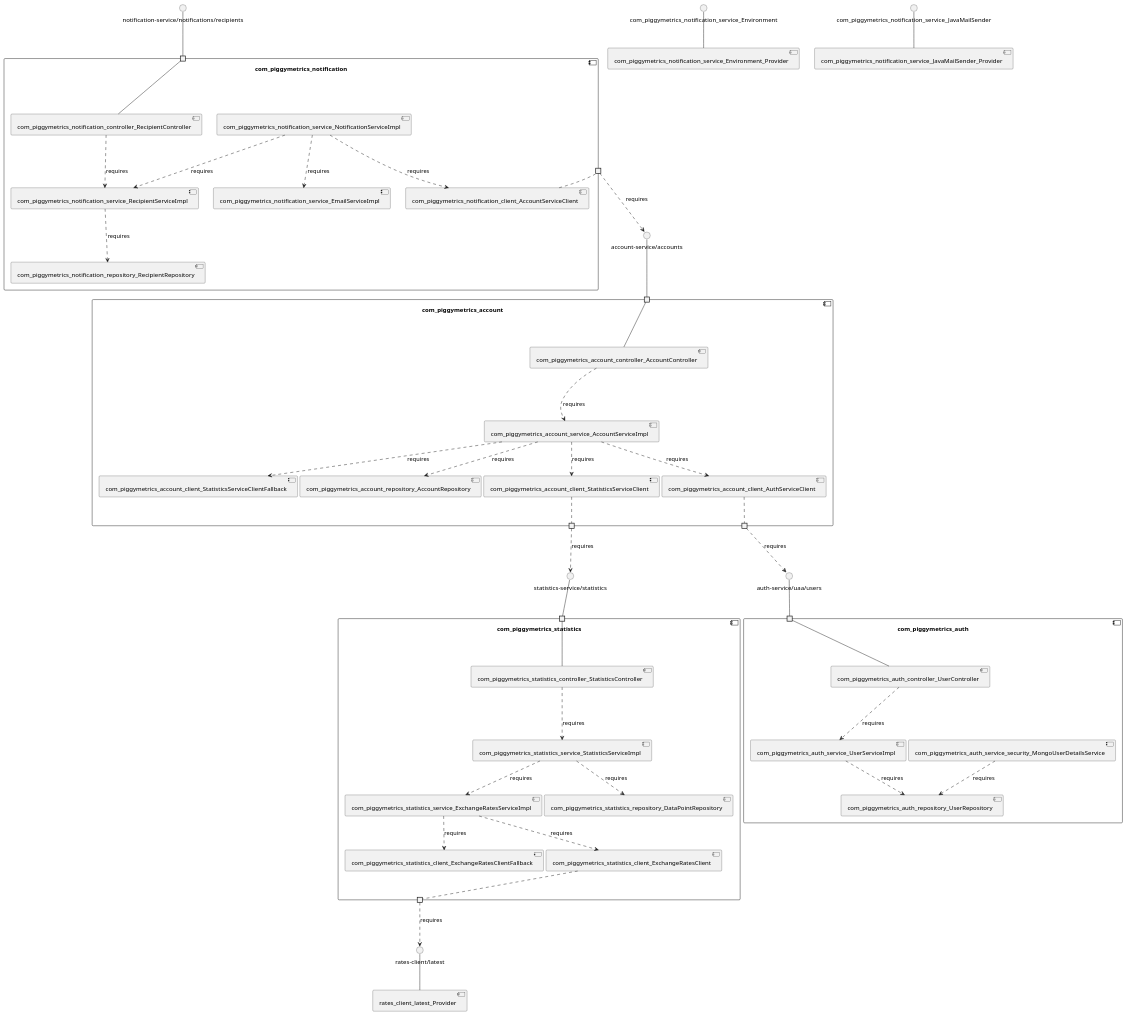
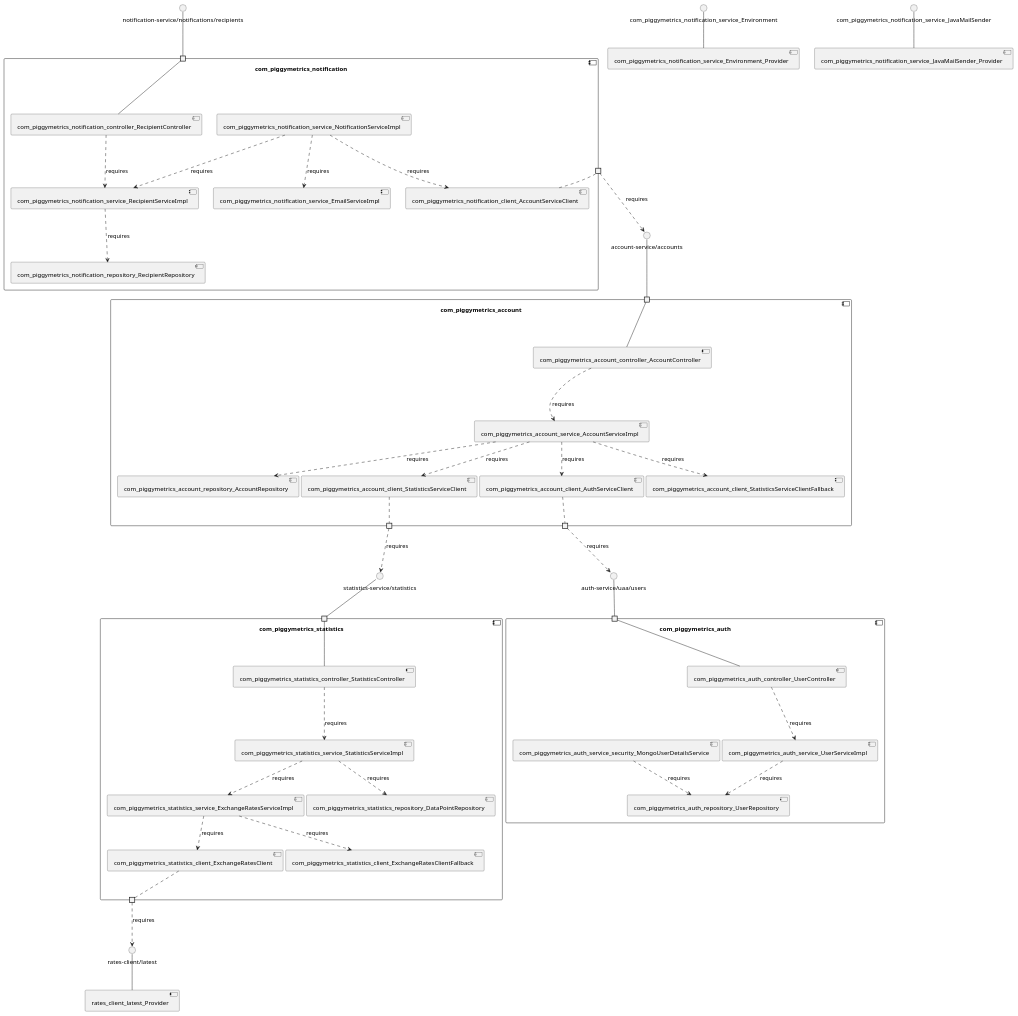
The diagram in sqshq-piggymetrics/model_re/uml/componentDiagram.puml (MSt-10/Palladio-ReverseEngineering-Benchmark), drawn with PlantUML before and after one commit. The commit also changed other lines of this file and 279 other files, not shown here.

```diff
--- a/sqshq-piggymetrics/model_re/uml/componentDiagram.puml
+++ b/sqshq-piggymetrics/model_re/uml/componentDiagram.puml
@@ -1,91 +1,91 @@
 @startuml
 skinparam fixCircleLabelOverlapping true
 skinparam componentStyle uml2
 component "com_piggymetrics_account\n\n\n\n\n\n" {
+[com_piggymetrics_account_client_StatisticsServiceClientFallback]
 [com_piggymetrics_account_service_AccountServiceImpl]
-[com_piggymetrics_account_client_AuthServiceClient]
-[com_piggymetrics_account_client_StatisticsServiceClientFallback]
 [com_piggymetrics_account_controller_AccountController]
 [com_piggymetrics_account_repository_AccountRepository]
 [com_piggymetrics_account_client_StatisticsServiceClient]
+[com_piggymetrics_account_client_AuthServiceClient]
 portin " " as com_piggymetrics_account_requires_account_service_accounts
 portout " " as com_piggymetrics_account_provides_statistics_service_statistics
 portout " " as com_piggymetrics_account_provides_auth_service_uaa_users
+[com_piggymetrics_account_controller_AccountController]..>[com_piggymetrics_account_service_AccountServiceImpl] : requires
+[com_piggymetrics_account_service_AccountServiceImpl]..>[com_piggymetrics_account_client_AuthServiceClient] : requires
 [com_piggymetrics_account_service_AccountServiceImpl]..>[com_piggymetrics_account_client_StatisticsServiceClientFallback] : requires
-[com_piggymetrics_account_service_AccountServiceImpl]..>[com_piggymetrics_account_client_AuthServiceClient] : requires
-[com_piggymetrics_account_controller_AccountController]..>[com_piggymetrics_account_service_AccountServiceImpl] : requires
+[com_piggymetrics_account_service_AccountServiceImpl]..>[com_piggymetrics_account_client_StatisticsServiceClient] : requires
 [com_piggymetrics_account_service_AccountServiceImpl]..>[com_piggymetrics_account_repository_AccountRepository] : requires
-[com_piggymetrics_account_service_AccountServiceImpl]..>[com_piggymetrics_account_client_StatisticsServiceClient] : requires
 "com_piggymetrics_account_requires_account_service_accounts"--[com_piggymetrics_account_controller_AccountController]
+[com_piggymetrics_account_client_StatisticsServiceClient].."com_piggymetrics_account_provides_statistics_service_statistics"
 [com_piggymetrics_account_client_AuthServiceClient].."com_piggymetrics_account_provides_auth_service_uaa_users"
-[com_piggymetrics_account_client_StatisticsServiceClient].."com_piggymetrics_account_provides_statistics_service_statistics"
 }
 interface "account-service/accounts" as interface.account_service_accounts
 interface.account_service_accounts--"com_piggymetrics_account_requires_account_service_accounts"
 interface "auth-service/uaa/users" as interface.auth_service_uaa_users
 "com_piggymetrics_account_provides_auth_service_uaa_users"..>interface.auth_service_uaa_users : requires
 interface "statistics-service/statistics" as interface.statistics_service_statistics
 "com_piggymetrics_account_provides_statistics_service_statistics"..>interface.statistics_service_statistics : requires
 component "com_piggymetrics_auth\n\n\n\n\n\n" {
+[com_piggymetrics_auth_service_security_MongoUserDetailsService]
 [com_piggymetrics_auth_service_UserServiceImpl]
+[com_piggymetrics_auth_controller_UserController]
 [com_piggymetrics_auth_repository_UserRepository]
-[com_piggymetrics_auth_controller_UserController]
-[com_piggymetrics_auth_service_security_MongoUserDetailsService]
 portin " " as com_piggymetrics_auth_requires_auth_service_uaa_users
-[com_piggymetrics_auth_service_security_MongoUserDetailsService]..>[com_piggymetrics_auth_repository_UserRepository] : requires
 [com_piggymetrics_auth_controller_UserController]..>[com_piggymetrics_auth_service_UserServiceImpl] : requires
 [com_piggymetrics_auth_service_UserServiceImpl]..>[com_piggymetrics_auth_repository_UserRepository] : requires
+[com_piggymetrics_auth_service_security_MongoUserDetailsService]..>[com_piggymetrics_auth_repository_UserRepository] : requires
 "com_piggymetrics_auth_requires_auth_service_uaa_users"--[com_piggymetrics_auth_controller_UserController]
 }
 interface "auth-service/uaa/users" as interface.auth_service_uaa_users
 interface.auth_service_uaa_users--"com_piggymetrics_auth_requires_auth_service_uaa_users"
 component "com_piggymetrics_notification\n\n\n\n\n\n" {
+[com_piggymetrics_notification_service_EmailServiceImpl]
+[com_piggymetrics_notification_client_AccountServiceClient]
 [com_piggymetrics_notification_repository_RecipientRepository]
+[com_piggymetrics_notification_service_RecipientServiceImpl]
+[com_piggymetrics_notification_service_NotificationServiceImpl]
 [com_piggymetrics_notification_controller_RecipientController]
-[com_piggymetrics_notification_service_RecipientServiceImpl]
-[com_piggymetrics_notification_service_EmailServiceImpl]
-[com_piggymetrics_notification_service_NotificationServiceImpl]
-[com_piggymetrics_notification_client_AccountServiceClient]
 portin " " as com_piggymetrics_notification_requires_notification_service_notifications_recipients
 portout " " as com_piggymetrics_notification_provides_account_service_accounts
+[com_piggymetrics_notification_service_NotificationServiceImpl]..>[com_piggymetrics_notification_service_RecipientServiceImpl] : requires
 [com_piggymetrics_notification_service_RecipientServiceImpl]..>[com_piggymetrics_notification_repository_RecipientRepository] : requires
+[com_piggymetrics_notification_controller_RecipientController]..>[com_piggymetrics_notification_service_RecipientServiceImpl] : requires
 [com_piggymetrics_notification_service_NotificationServiceImpl]..>[com_piggymetrics_notification_service_EmailServiceImpl] : requires
-[com_piggymetrics_notification_service_NotificationServiceImpl]..>[com_piggymetrics_notification_service_RecipientServiceImpl] : requires
 [com_piggymetrics_notification_service_NotificationServiceImpl]..>[com_piggymetrics_notification_client_AccountServiceClient] : requires
-[com_piggymetrics_notification_controller_RecipientController]..>[com_piggymetrics_notification_service_RecipientServiceImpl] : requires
 "com_piggymetrics_notification_requires_notification_service_notifications_recipients"--[com_piggymetrics_notification_controller_RecipientController]
 [com_piggymetrics_notification_client_AccountServiceClient].."com_piggymetrics_notification_provides_account_service_accounts"
 }
 interface "notification-service/notifications/recipients" as interface.notification_service_notifications_recipients
 interface.notification_service_notifications_recipients--"com_piggymetrics_notification_requires_notification_service_notifications_recipients"
 interface "account-service/accounts" as interface.account_service_accounts
 "com_piggymetrics_notification_provides_account_service_accounts"..>interface.account_service_accounts : requires
 component "com_piggymetrics_statistics\n\n\n\n\n\n" {
+[com_piggymetrics_statistics_client_ExchangeRatesClientFallback]
 [com_piggymetrics_statistics_client_ExchangeRatesClient]
 [com_piggymetrics_statistics_repository_DataPointRepository]
-[com_piggymetrics_statistics_client_ExchangeRatesClientFallback]
 [com_piggymetrics_statistics_controller_StatisticsController]
+[com_piggymetrics_statistics_service_ExchangeRatesServiceImpl]
 [com_piggymetrics_statistics_service_StatisticsServiceImpl]
-[com_piggymetrics_statistics_service_ExchangeRatesServiceImpl]
 portin " " as com_piggymetrics_statistics_requires_statistics_service_statistics
 portout " " as com_piggymetrics_statistics_provides_rates_client_latest
-[com_piggymetrics_statistics_service_StatisticsServiceImpl]..>[com_piggymetrics_statistics_repository_DataPointRepository] : requires
-[com_piggymetrics_statistics_controller_StatisticsController]..>[com_piggymetrics_statistics_service_StatisticsServiceImpl] : requires
-[com_piggymetrics_statistics_service_ExchangeRatesServiceImpl]..>[com_piggymetrics_statistics_client_ExchangeRatesClientFallback] : requires
 [com_piggymetrics_statistics_service_StatisticsServiceImpl]..>[com_piggymetrics_statistics_service_ExchangeRatesServiceImpl] : requires
 [com_piggymetrics_statistics_service_ExchangeRatesServiceImpl]..>[com_piggymetrics_statistics_client_ExchangeRatesClient] : requires
+[com_piggymetrics_statistics_service_StatisticsServiceImpl]..>[com_piggymetrics_statistics_repository_DataPointRepository] : requires
+[com_piggymetrics_statistics_service_ExchangeRatesServiceImpl]..>[com_piggymetrics_statistics_client_ExchangeRatesClientFallback] : requires
+[com_piggymetrics_statistics_controller_StatisticsController]..>[com_piggymetrics_statistics_service_StatisticsServiceImpl] : requires
 "com_piggymetrics_statistics_requires_statistics_service_statistics"--[com_piggymetrics_statistics_controller_StatisticsController]
 [com_piggymetrics_statistics_client_ExchangeRatesClient].."com_piggymetrics_statistics_provides_rates_client_latest"
 }
 interface "statistics-service/statistics" as interface.statistics_service_statistics
 interface.statistics_service_statistics--"com_piggymetrics_statistics_requires_statistics_service_statistics"
 interface "rates-client/latest" as interface.rates_client_latest
 "com_piggymetrics_statistics_provides_rates_client_latest"..>interface.rates_client_latest : requires
 interface "com_piggymetrics_notification_service_Environment" as interface.com_piggymetrics_notification_service_Environment
 interface.com_piggymetrics_notification_service_Environment--[com_piggymetrics_notification_service_Environment_Provider]
 interface "com_piggymetrics_notification_service_JavaMailSender" as interface.com_piggymetrics_notification_service_JavaMailSender
 interface.com_piggymetrics_notification_service_JavaMailSender--[com_piggymetrics_notification_service_JavaMailSender_Provider]
 interface "rates-client/latest" as interface.rates_client_latest
 interface.rates_client_latest--[rates_client_latest_Provider]
 
 @enduml
```
